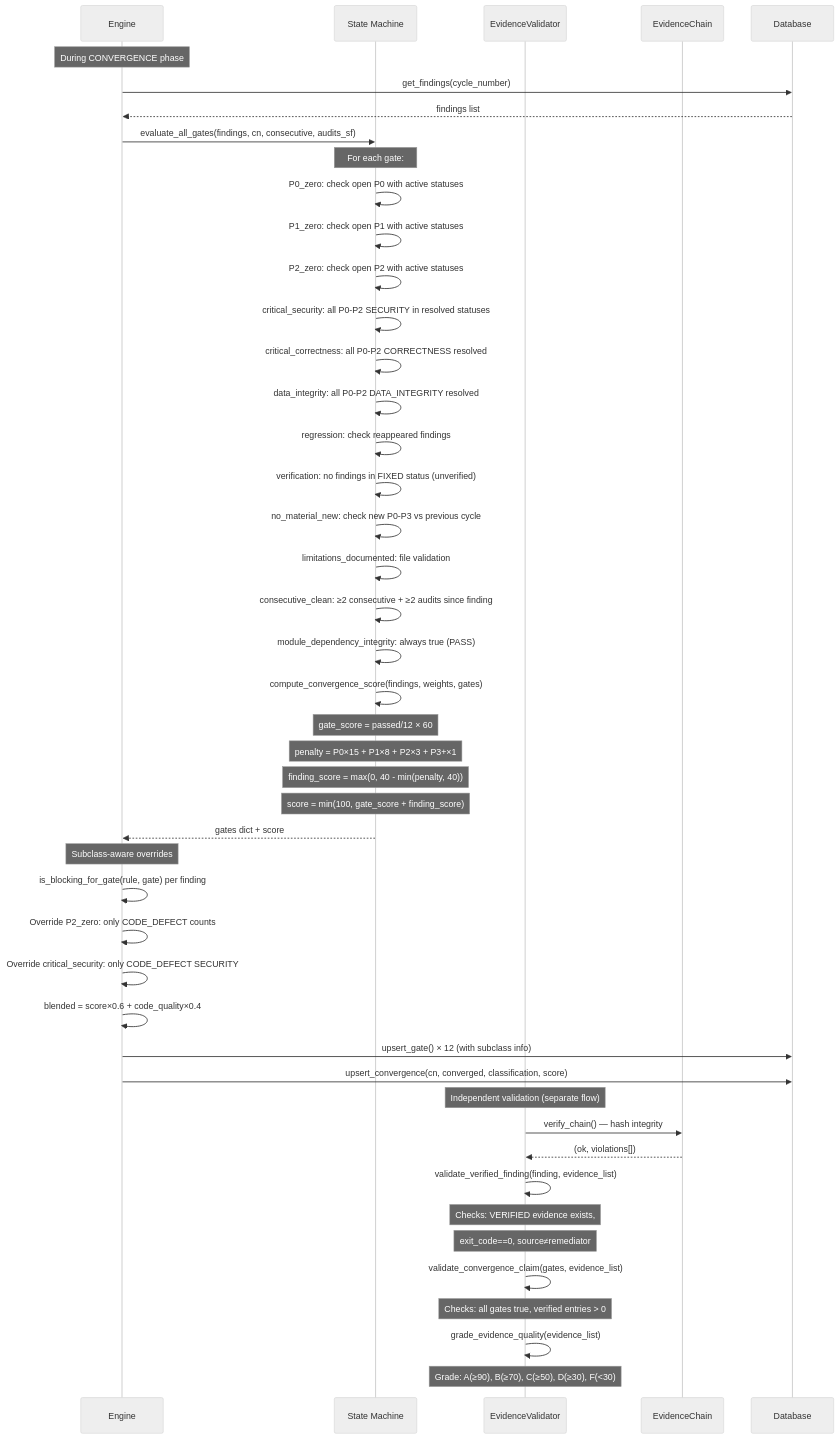
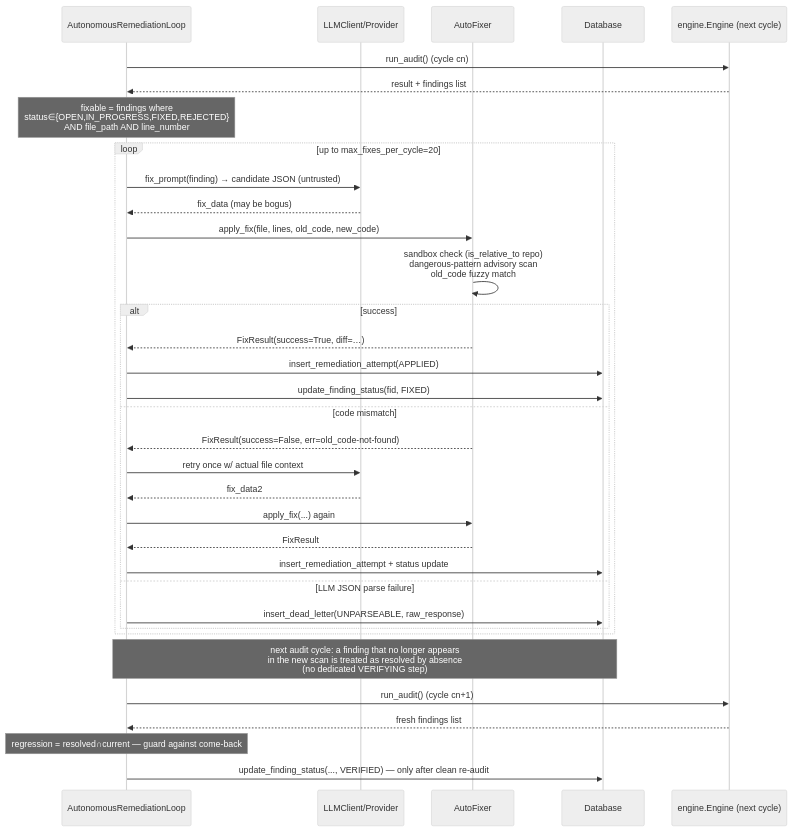
One commit to masrizram/aura changed the diagram in docs/sequence/finding-validation.md. Above: the diagram before and after it, drawn with Mermaid (neutral theme). The commit also changed other lines of this file and 62 other files, not shown here.

First line of the commit message:
docs: blind documentation rebuild + final architecture audit

````diff
--- a/docs/sequence/finding-validation.md
+++ b/docs/sequence/finding-validation.md
@@ -7,61 +17,37 @@
 ```mermaid
 sequenceDiagram
-    participant Engine as Engine
-    participant SM as State Machine
-    participant Validator as EvidenceValidator
-    participant Chain as EvidenceChain
+    participant RM as AutonomousRemediationLoop
+    participant LLM as LLMClient/Provider
+    participant FX as AutoFixer
     participant DB as Database
-    
-    Note over Engine: During CONVERGENCE phase
-    
-    Engine->>DB: get_findings(cycle_number)
-    DB-->>Engine: findings list
-    
-    Engine->>SM: evaluate_all_gates(findings, cn, consecutive, audits_sf)
-    
-    Note over SM: For each gate:
-    SM->>SM: P0_zero: check open P0 with active statuses
-    SM->>SM: P1_zero: check open P1 with active statuses
-    SM->>SM: P2_zero: check open P2 with active statuses
-    SM->>SM: critical_security: all P0-P2 SECURITY in resolved statuses
-    SM->>SM: critical_correctness: all P0-P2 CORRECTNESS resolved
-    SM->>SM: data_integrity: all P0-P2 DATA_INTEGRITY resolved
-    SM->>SM: regression: check reappeared findings
-    SM->>SM: verification: no findings in FIXED status (unverified)
-    SM->>SM: no_material_new: check new P0-P3 vs previous cycle
-    SM->>SM: limitations_documented: file validation
-    SM->>SM: consecutive_clean: ≥2 consecutive + ≥2 audits since finding
-    SM->>SM: module_dependency_integrity: always true (PASS)
-    
-    SM->>SM: compute_convergence_score(findings, weights, gates)
-    Note over SM: gate_score = passed/12 × 60
-    Note over SM: penalty = P0×15 + P1×8 + P2×3 + P3+×1
-    Note over SM: finding_score = max(0, 40 - min(penalty, 40))
-    Note over SM: score = min(100, gate_score + finding_score)
-    
-    SM-->>Engine: gates dict + score
-    
-    Note over Engine: Subclass-aware overrides
-    Engine->>Engine: is_blocking_for_gate(rule, gate) per finding
-    Engine->>Engine: Override P2_zero: only CODE_DEFECT counts
-    Engine->>Engine: Override critical_security: only CODE_DEFECT SECURITY
-    
-    Engine->>Engine: blended = score×0.6 + code_quality×0.4
-    
-    Engine->>DB: upsert_gate() × 12 (with subclass info)
-    Engine->>DB: upsert_convergence(cn, converged, classification, score)
-    
-    Note over Validator: Independent validation (separate flow)
-    Validator->>Chain: verify_chain() — hash integrity
-    Chain-->>Validator: (ok, violations[])
-    
-    Validator->>Validator: validate_verified_finding(finding, evidence_list)
-    Note over Validator: Checks: VERIFIED evidence exists,
-    Note over Validator: exit_code==0, source≠remediator
-    
-    Validator->>Validator: validate_convergence_claim(gates, evidence_list)
-    Note over Validator: Checks: all gates true, verified entries > 0
-    
-    Validator->>Validator: grade_evidence_quality(evidence_list)
-    Note over Validator: Grade: A(≥90), B(≥70), C(≥50), D(≥30), F(<30)
+    participant EN as engine.Engine (next cycle)
+
+    RM->>EN: run_audit() (cycle cn)
+    EN-->>RM: result + findings list
+    Note over RM: fixable = findings where<br/>status∈{OPEN,IN_PROGRESS,FIXED,REJECTED}<br/>AND file_path AND line_number
+    loop up to max_fixes_per_cycle=20
+        RM->>LLM: fix_prompt(finding) → candidate JSON (untrusted)
+        LLM-->>RM: fix_data (may be bogus)
+        RM->>FX: apply_fix(file, lines, old_code, new_code)
+        FX->>FX: sandbox check (is_relative_to repo)<br/>dangerous-pattern advisory scan<br/>old_code fuzzy match
+        alt success
+            FX-->>RM: FixResult(success=True, diff=…)
+            RM->>DB: insert_remediation_attempt(APPLIED)
+            RM->>DB: update_finding_status(fid, FIXED)
+        else code mismatch
+            FX-->>RM: FixResult(success=False, err=old_code-not-found)
+            RM->>LLM: retry once w/ actual file context
+            LLM-->>RM: fix_data2
+            RM->>FX: apply_fix(...) again
+            FX-->>RM: FixResult
+            RM->>DB: insert_remediation_attempt + status update
+        else LLM JSON parse failure
+            RM->>DB: insert_dead_letter(UNPARSEABLE, raw_response)
+        end
+    end
+    Note over RM,DB: next audit cycle: a finding that no longer appears<br/>in the new scan is treated as resolved by absence<br/>(no dedicated VERIFYING step)
+    RM->>EN: run_audit() (cycle cn+1)
+    EN-->>RM: fresh findings list
+    Note over RM: regression = resolved∩current — guard against come-back
+    RM->>DB: update_finding_status(..., VERIFIED) — only after clean re-audit
 ```
````
